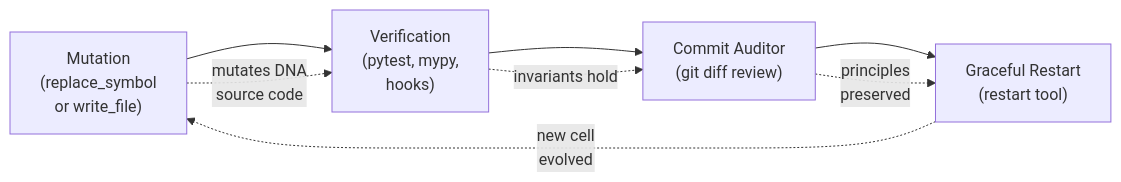
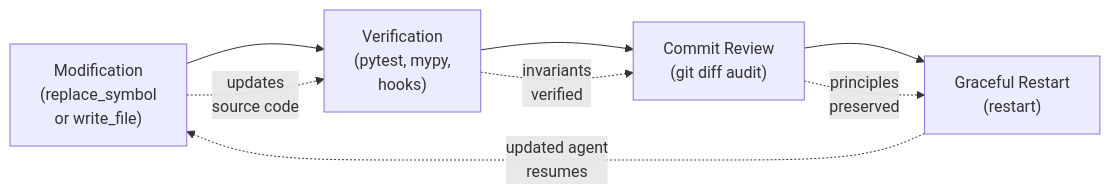
Before and after one commit to Redna/talos_runtime: the seventh of 8 diagrams in docs/ARCHITECTURE.md, drawn with Mermaid. The commit also changed other lines of this file, not shown here.

Commit message:
Rewrite architecture doc: formal style, reduced biological references

````diff
--- a/docs/ARCHITECTURE.md
+++ b/docs/ARCHITECTURE.md
@@ -221,11 +211,11 @@
 ```mermaid
 graph LR
-    M["Mutation<br/>(replace_symbol<br/>or write_file)"] --> V["Verification<br/>(pytest, mypy,<br/>hooks)"]
-    V --> C["Commit Auditor<br/>(git diff review)"]
-    C --> R["Graceful Restart<br/>(restart tool)"]
+    A["Modification<br/>(replace_symbol<br/>or write_file)"] --> V["Verification<br/>(pytest, mypy,<br/>hooks)"]
+    V --> C["Commit Review<br/>(git diff audit)"]
+    C --> R["Graceful Restart<br/>(restart)"]
     
-    M -.->|"mutates DNA<br/>source code"| V
-    V -.->|"invariants hold"| C
+    A -.->|"updates<br/>source code"| V
+    V -.->|"invariants<br/>verified"| C
     C -.->|"principles<br/>preserved"| R
-    R -.->|"new cell<br/>evolved"| M
+    R -.->|"updated agent<br/>resumes"| A
 ```
````
